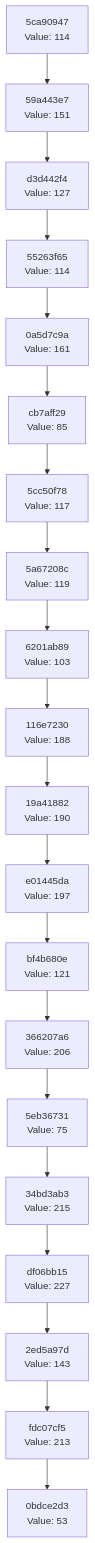
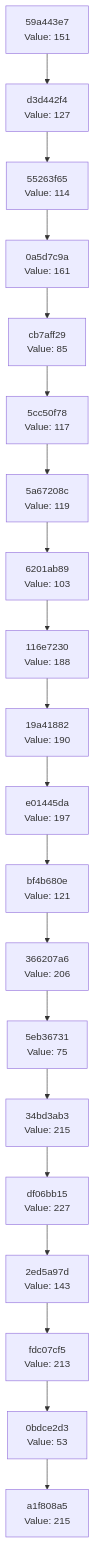
The diagram in docs/CHAIN_VISUALIZATION.md (Abhisheksinha1506/hash-chain-evolver), drawn with Mermaid before and after one commit. The commit also changed 2 other files, not shown here.

Commit message:
Evolution step: hash 0xD7 → action executed

````diff
--- a/docs/CHAIN_VISUALIZATION.md
+++ b/docs/CHAIN_VISUALIZATION.md
@@ -3,42 +3,42 @@
 ```mermaid
 graph TD
-    C0["0bdce2d3<br/>Value: 53"]
-    C1["fdc07cf5<br/>Value: 213"]
+    C0["a1f808a5<br/>Value: 215"]
+    C1["0bdce2d3<br/>Value: 53"]
     C1 --> C0
-    C2["2ed5a97d<br/>Value: 143"]
+    C2["fdc07cf5<br/>Value: 213"]
     C2 --> C1
-    C3["df06bb15<br/>Value: 227"]
+    C3["2ed5a97d<br/>Value: 143"]
     C3 --> C2
-    C4["34bd3ab3<br/>Value: 215"]
+    C4["df06bb15<br/>Value: 227"]
     C4 --> C3
-    C5["5eb36731<br/>Value: 75"]
+    C5["34bd3ab3<br/>Value: 215"]
     C5 --> C4
-    C6["366207a6<br/>Value: 206"]
+    C6["5eb36731<br/>Value: 75"]
     C6 --> C5
-    C7["bf4b680e<br/>Value: 121"]
+    C7["366207a6<br/>Value: 206"]
     C7 --> C6
-    C8["e01445da<br/>Value: 197"]
+    C8["bf4b680e<br/>Value: 121"]
     C8 --> C7
-    C9["19a41882<br/>Value: 190"]
+    C9["e01445da<br/>Value: 197"]
     C9 --> C8
-    C10["116e7230<br/>Value: 188"]
+    C10["19a41882<br/>Value: 190"]
     C10 --> C9
-    C11["6201ab89<br/>Value: 103"]
+    C11["116e7230<br/>Value: 188"]
     C11 --> C10
-    C12["5a67208c<br/>Value: 119"]
+    C12["6201ab89<br/>Value: 103"]
     C12 --> C11
-    C13["5cc50f78<br/>Value: 117"]
+    C13["5a67208c<br/>Value: 119"]
     C13 --> C12
-    C14["cb7aff29<br/>Value: 85"]
+    C14["5cc50f78<br/>Value: 117"]
     C14 --> C13
-    C15["0a5d7c9a<br/>Value: 161"]
+    C15["cb7aff29<br/>Value: 85"]
     C15 --> C14
-    C16["55263f65<br/>Value: 114"]
+    C16["0a5d7c9a<br/>Value: 161"]
     C16 --> C15
-    C17["d3d442f4<br/>Value: 127"]
+    C17["55263f65<br/>Value: 114"]
     C17 --> C16
-    C18["59a443e7<br/>Value: 151"]
+    C18["d3d442f4<br/>Value: 127"]
     C18 --> C17
-    C19["5ca90947<br/>Value: 114"]
+    C19["59a443e7<br/>Value: 151"]
     C19 --> C18
 ```
````
